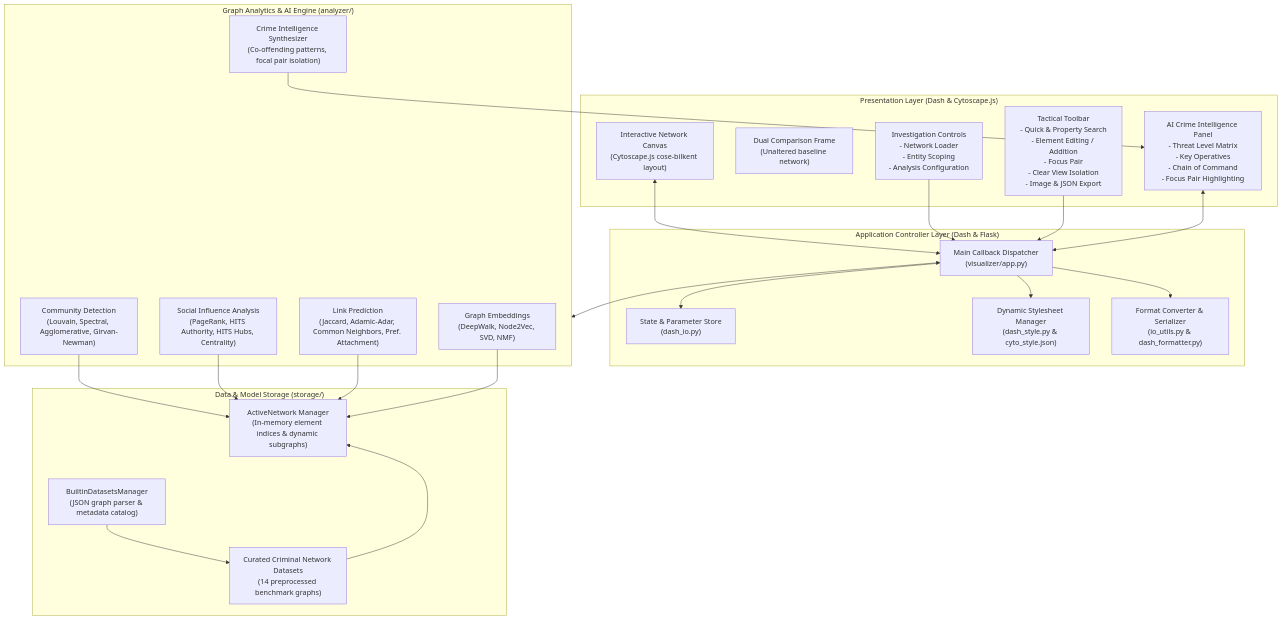
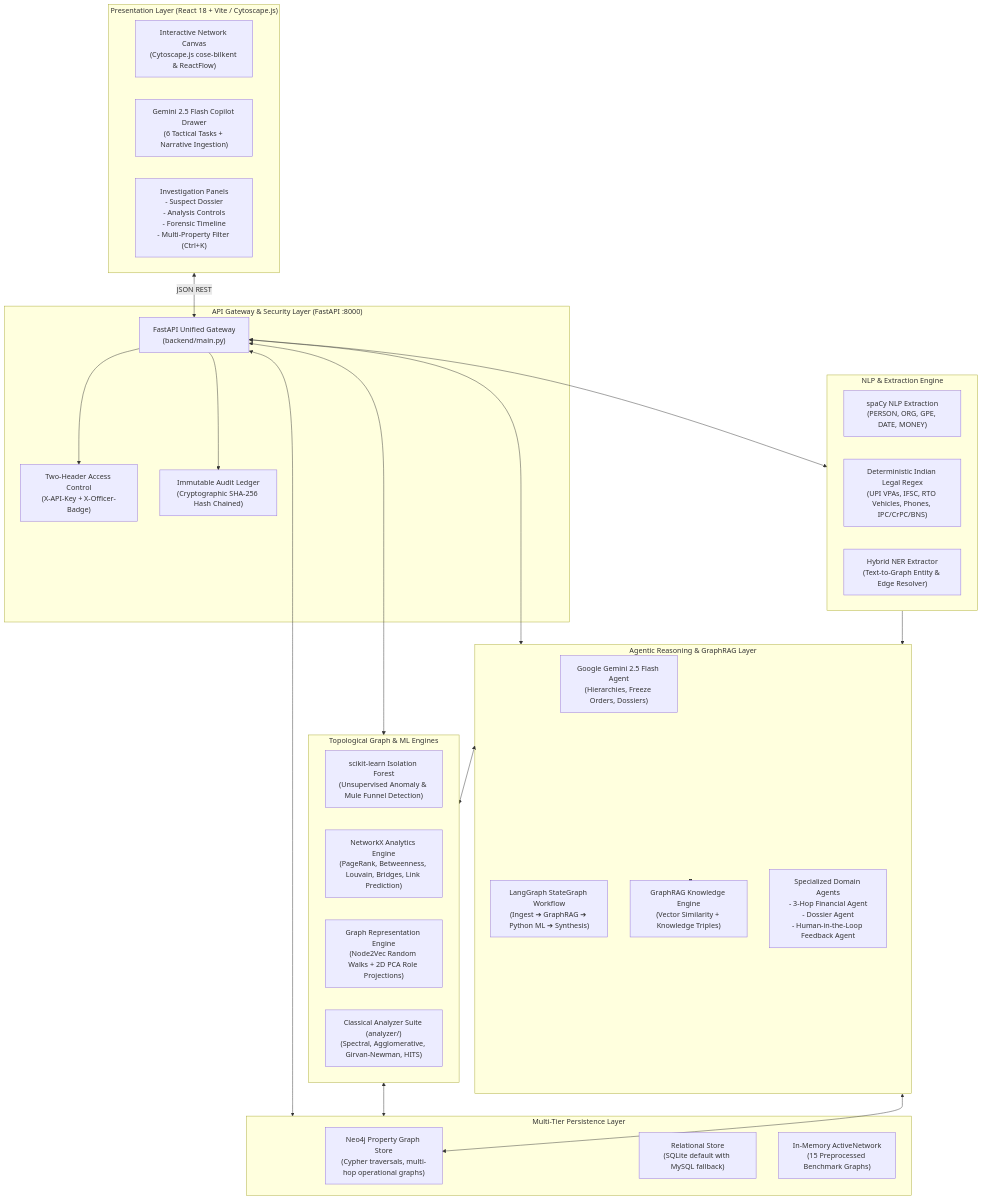
The first of 2 diagrams in README.md (VishalRajExe/CrimeNet), drawn with Mermaid before and after one commit. The commit also changed other lines of this file, not shown here.

Commit message:
docs: comprehensive rewrite of README with Neo4j, spaCy, GraphRAG, LangGraph, and Isolation Forest architecture

````diff
--- a/README.md
+++ b/README.md
@@ -44,50 +48,54 @@
 ```mermaid
 flowchart TD
-    subgraph UI["Presentation Layer (Dash & Cytoscape.js)"]
-        Canvas["Interactive Network Canvas\n(Cytoscape.js cose-bilkent layout)"]
-        ComparisonView["Dual Comparison Frame\n(Unaltered baseline network)"]
-        Sidebar["Investigation Controls\n- Network Loader\n- Entity Scoping\n- Analysis Configuration"]
-        Toolbar["Tactical Toolbar\n- Quick & Property Search\n- Element Editing / Addition\n- Focus Pair\n- Clear View Isolation\n- Image & JSON Export"]
-        IntelPanel["AI Crime Intelligence Panel\n- Threat Level Matrix\n- Key Operatives\n- Chain of Command\n- Focus Pair Highlighting"]
+    subgraph UI["Presentation Layer (React 18 + Vite / Cytoscape.js)"]
+        Canvas["Interactive Network Canvas\n(Cytoscape.js cose-bilkent & ReactFlow)"]
+        Copilot["Gemini 2.5 Flash Copilot Drawer\n(6 Tactical Tasks + Narrative Ingestion)"]
+        Panels["Investigation Panels\n- Suspect Dossier\n- Analysis Controls\n- Forensic Timeline\n- Multi-Property Filter (Ctrl+K)"]
     end
 
-    subgraph Controller["Application Controller Layer (Dash & Flask)"]
-        EventDispatcher["Main Callback Dispatcher\n(visualizer/app.py)"]
-        StateEngine["State & Parameter Store\n(dash_io.py)"]
-        StyleEngine["Dynamic Stylesheet Manager\n(dash_style.py & cyto_style.json)"]
-        FormatBridge["Format Converter & Serializer\n(io_utils.py & dash_formatter.py)"]
+    subgraph Gateway["API Gateway & Security Layer (FastAPI :8000)"]
+        APIRouter["FastAPI Unified Gateway\n(backend/main.py)"]
+        AuthGuard["Two-Header Access Control\n(X-API-Key + X-Officer-Badge)"]
+        AuditLedger["Immutable Audit Ledger\n(Cryptographic SHA-256 Hash Chained)"]
     end
 
-    subgraph Analytics["Graph Analytics & AI Engine (analyzer/)"]
-        CommDet["Community Detection\n(Louvain, Spectral, Agglomerative, Girvan-Newman)"]
-        SocInf["Social Influence Analysis\n(PageRank, HITS Authority, HITS Hubs, Centrality)"]
-        LinkPred["Link Prediction\n(Jaccard, Adamic-Adar, Common Neighbors, Pref. Attachment)"]
-        Embeddings["Graph Embeddings\n(DeepWalk, Node2Vec, SVD, NMF)"]
-        CrimeIntel["Crime Intelligence Synthesizer\n(Co-offending patterns, focal pair isolation)"]
+    subgraph Extraction["NLP & Extraction Engine"]
+        SpaCyNER["spaCy NLP Extraction\n(PERSON, ORG, GPE, DATE, MONEY)"]
+        IndianRegex["Deterministic Indian Legal Regex\n(UPI VPAs, IFSC, RTO Vehicles, Phones, IPC/CrPC/BNS)"]
+        HybridNER["Hybrid NER Extractor\n(Text-to-Graph Entity & Edge Resolver)"]
     end
 
-    subgraph Storage["Data & Model Storage (storage/)"]
-        ActiveNet["ActiveNetwork Manager\n(In-memory element indices & dynamic subgraphs)"]
-        DatasetMgr["BuiltinDatasetsManager\n(JSON graph parser & metadata catalog)"]
-        Benchmarks["Curated Criminal Network Datasets\n(14 preprocessed benchmark graphs)"]
+    subgraph AI_Agentic["Agentic Reasoning & GraphRAG Layer"]
+        GeminiAgent["Google Gemini 2.5 Flash Agent\n(Hierarchies, Freeze Orders, Dossiers)"]
+        LangGraphPipe["LangGraph StateGraph Workflow\n(Ingest ➔ GraphRAG ➔ Python ML ➔ Synthesis)"]
+        GraphRAGStore["GraphRAG Knowledge Engine\n(Vector Similarity + Knowledge Triples)"]
+        DomainAgents["Specialized Domain Agents\n- 3-Hop Financial Agent\n- Dossier Agent\n- Human-in-the-Loop Feedback Agent"]
     end
 
-    Canvas <--> EventDispatcher
-    Sidebar --> EventDispatcher
-    Toolbar --> EventDispatcher
-    IntelPanel <--> EventDispatcher
-    EventDispatcher --> StateEngine
-    EventDispatcher --> StyleEngine
-    EventDispatcher --> FormatBridge
+    subgraph Analytics["Topological Graph & ML Engines"]
+        IsoForest["scikit-learn Isolation Forest\n(Unsupervised Anomaly & Mule Funnel Detection)"]
+        NXAnalytics["NetworkX Analytics Engine\n(PageRank, Betweenness, Louvain, Bridges, Link Prediction)"]
+        Embeddings["Graph Representation Engine\n(Node2Vec Random Walks + 2D PCA Role Projections)"]
+        ClassicalAnalyzer["Classical Analyzer Suite (analyzer/)\n(Spectral, Agglomerative, Girvan-Newman, HITS)"]
+    end
 
-    EventDispatcher <--> Analytics
-    CommDet --> ActiveNet
-    SocInf --> ActiveNet
-    LinkPred --> ActiveNet
-    Embeddings --> ActiveNet
-    CrimeIntel --> IntelPanel
+    subgraph Persistence["Multi-Tier Persistence Layer"]
+        Neo4jDB["Neo4j Property Graph Store\n(Cypher traversals, multi-hop operational graphs)"]
+        RelationalStore["Relational Store\n(SQLite default with MySQL fallback)"]
+        ActiveNet["In-Memory ActiveNetwork\n(15 Preprocessed Benchmark Graphs)"]
+    end
 
-    ActiveNet <--> Storage
-    DatasetMgr --> Benchmarks
-    Benchmarks --> ActiveNet
+    UI <-->|"JSON REST"| APIRouter
+    APIRouter --> AuthGuard
+    APIRouter --> AuditLedger
+    APIRouter <--> Extraction
+    APIRouter <--> AI_Agentic
+    APIRouter <--> Analytics
+    APIRouter <--> Persistence
+
+    Extraction --> AI_Agentic
+    AI_Agentic <--> Analytics
+    AI_Agentic <--> GraphRAGStore
+    Analytics <--> Persistence
+    AI_Agentic <--> Neo4jDB
 ```
````
